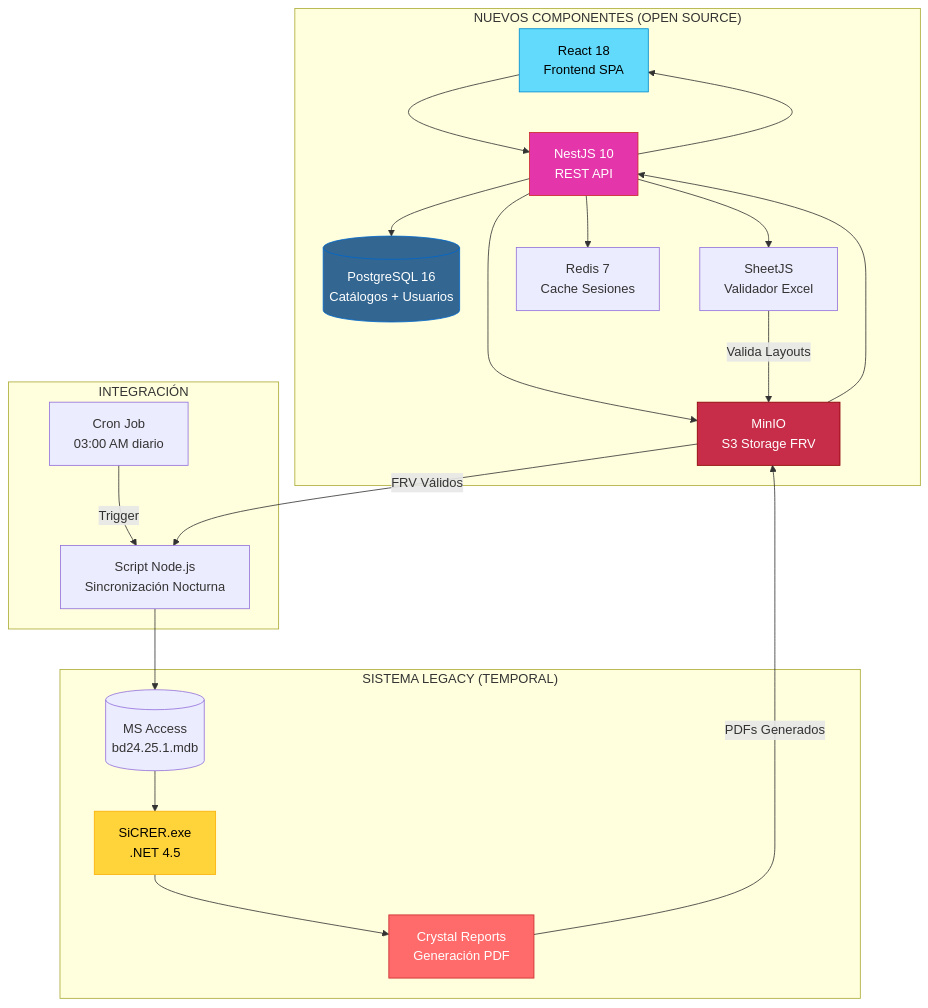
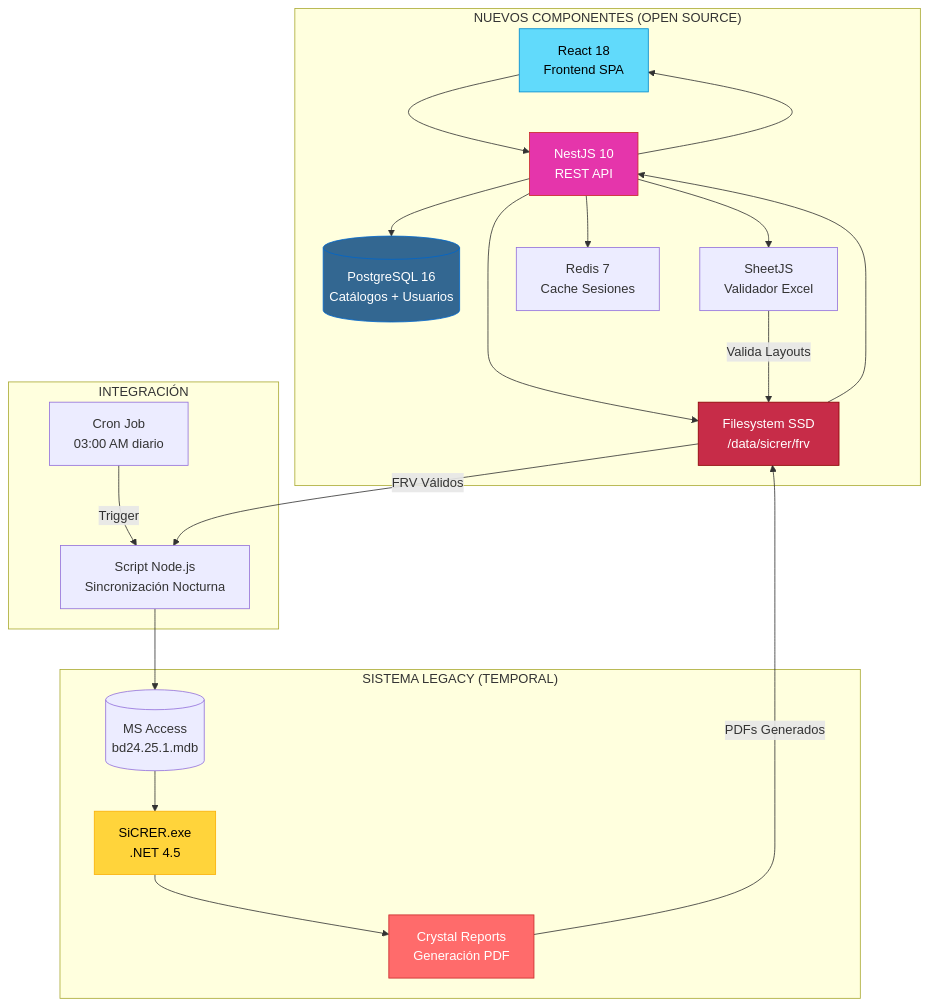
The third of 10 diagrams in ANALISIS_DETALLADO_PSP_RUP.md (dleonsystem/sep_evaluacion_diagnostica), drawn with Mermaid before and after one commit. The commit also changed other lines of this file and 6 other files, not shown here.

First line of the commit message:
feat: migrate from MinIO and Redis to Filesystem SSD and node-cache

````diff
--- a/ANALISIS_DETALLADO_PSP_RUP.md
+++ b/ANALISIS_DETALLADO_PSP_RUP.md
@@ -167,44 +168,44 @@
 ```mermaid
 graph TB
     subgraph "NUEVOS COMPONENTES (OPEN SOURCE)"
         A[React 18<br/>Frontend SPA]
         B[NestJS 10<br/>REST API]
         C[(PostgreSQL 16<br/>Catálogos + Usuarios)]
-        D[MinIO<br/>S3 Storage FRV]
+        D[Filesystem SSD<br/>/data/sicrer/frv]
         E[Redis 7<br/>Cache Sesiones]
         F[SheetJS<br/>Validador Excel]
     end
     
     subgraph "SISTEMA LEGACY (TEMPORAL)"
         G[SiCRER.exe<br/>.NET 4.5]
         H[(MS Access<br/>bd24.25.1.mdb)]
         I[Crystal Reports<br/>Generación PDF]
     end
     
     subgraph "INTEGRACIÓN"
         J[Script Node.js<br/>Sincronización Nocturna]
         K[Cron Job<br/>03:00 AM diario]
     end
     
     A --> B
     B --> C
     B --> D
     B --> E
     B --> F
     F -->|Valida Layouts| D
     D -->|FRV Válidos| J
     J --> H
     H --> G
     G --> I
     I -->|PDFs Generados| D
     D --> B
     B --> A
     K -->|Trigger| J
     
     style A fill:#61dafb,stroke:#0088cc,color:#000
     style B fill:#e535ab,stroke:#c92a2a,color:#fff
     style C fill:#336791,stroke:#0066cc,color:#fff
     style D fill:#c72c48,stroke:#8b0000,color:#fff
     style G fill:#ffd43b,stroke:#fab005,color:#000
     style I fill:#ff6b6b,stroke:#c92a2a,color:#fff
 ```
````
